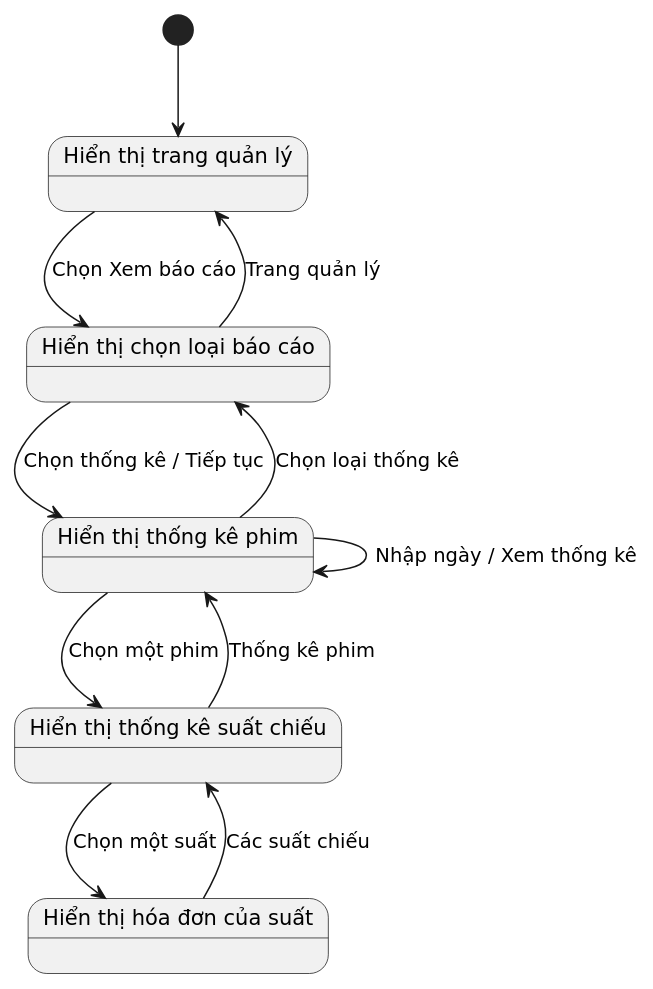
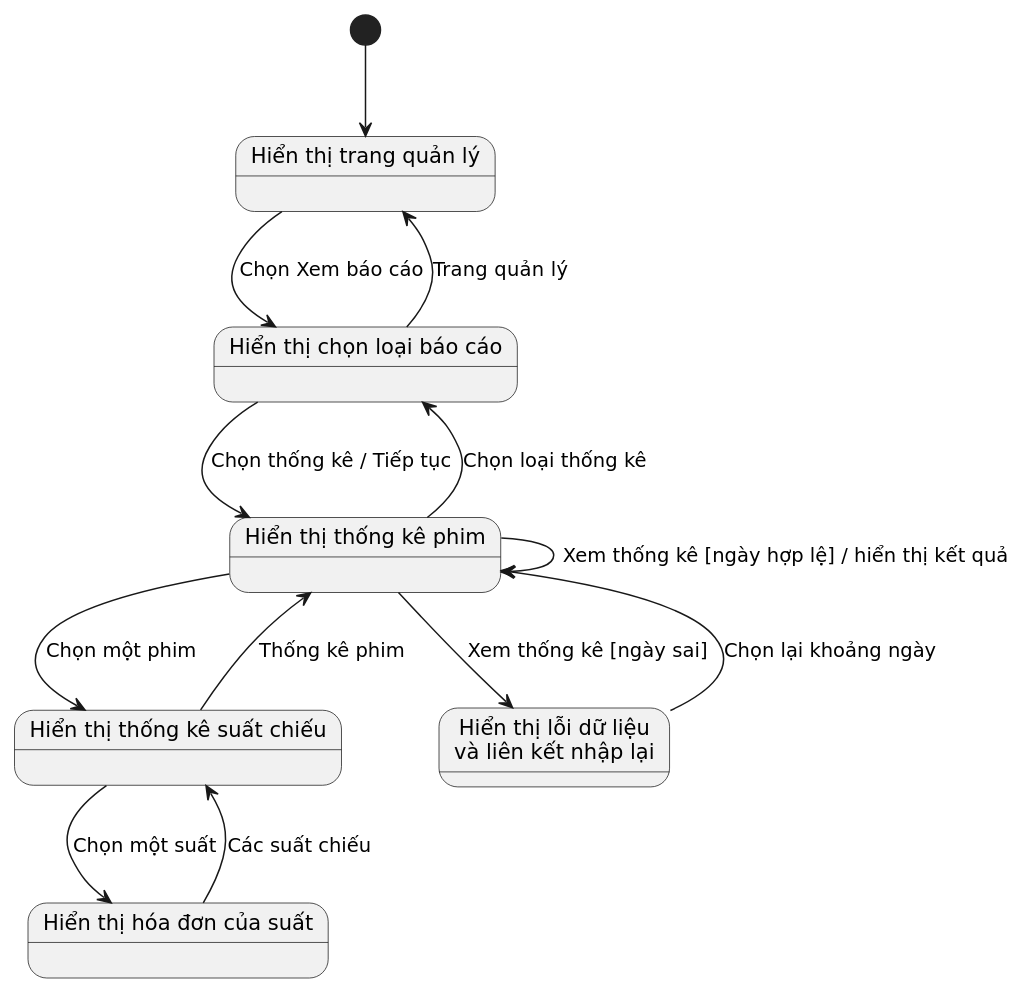
Before and after one commit to tinhatinh/PTTK: the diagram in uml/phan-tich/04b-revenue-states.puml, drawn with PlantUML. The commit also changed 60 other files, not shown here.

Commit message:
Align interface designs with live application and review UML report

```diff
--- a/uml/phan-tich/04b-revenue-states.puml
+++ b/uml/phan-tich/04b-revenue-states.puml
@@ -1,19 +1,22 @@
 @startuml 04b-revenue-states
 skinparam defaultFontName DejaVu Sans
 skinparam shadowing false
 state "Hiển thị trang quản lý" as home
 state "Hiển thị chọn loại báo cáo" as type
 state "Hiển thị thống kê phim" as movies
 state "Hiển thị thống kê suất chiếu" as shows
 state "Hiển thị hóa đơn của suất" as invoices
+state "Hiển thị lỗi dữ liệu\nvà liên kết nhập lại" as error
 [*] --> home
 home --> type : Chọn Xem báo cáo
 type --> movies : Chọn thống kê / Tiếp tục
-movies --> movies : Nhập ngày / Xem thống kê
+movies --> movies : Xem thống kê [ngày hợp lệ] / hiển thị kết quả
+movies --> error : Xem thống kê [ngày sai]
+error --> movies : Chọn lại khoảng ngày
 movies --> shows : Chọn một phim
 shows --> invoices : Chọn một suất
 invoices --> shows : Các suất chiếu
 shows --> movies : Thống kê phim
 movies --> type : Chọn loại thống kê
 type --> home : Trang quản lý
 @enduml
```
